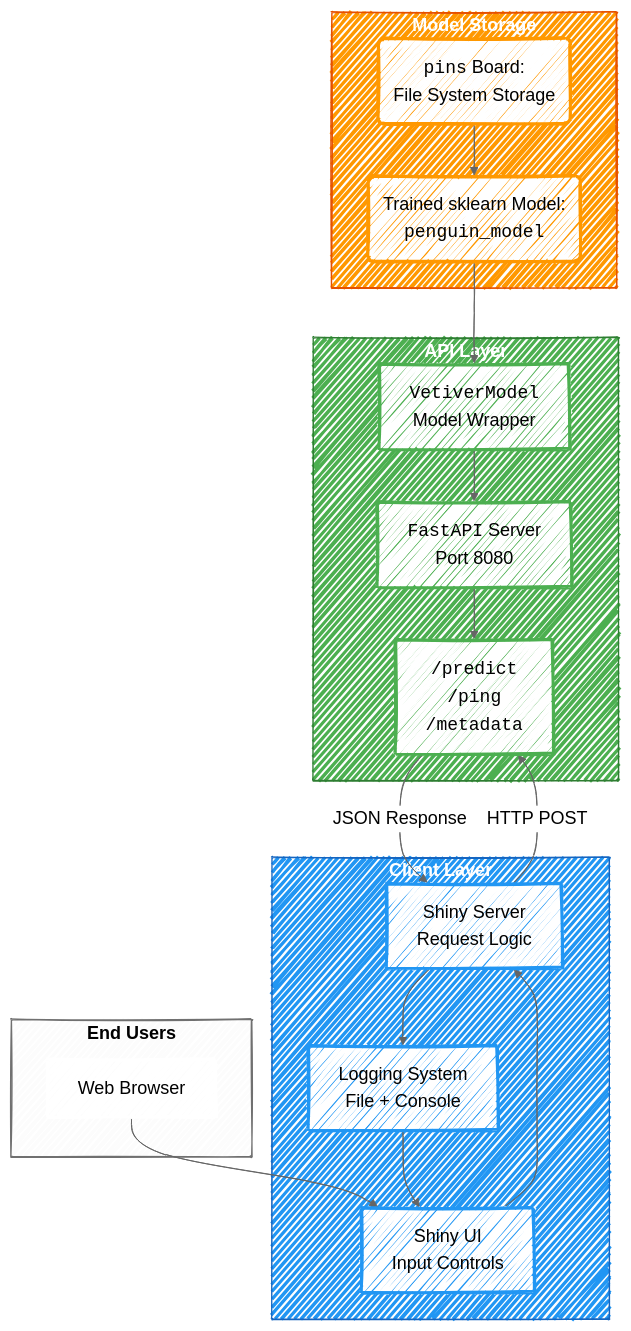
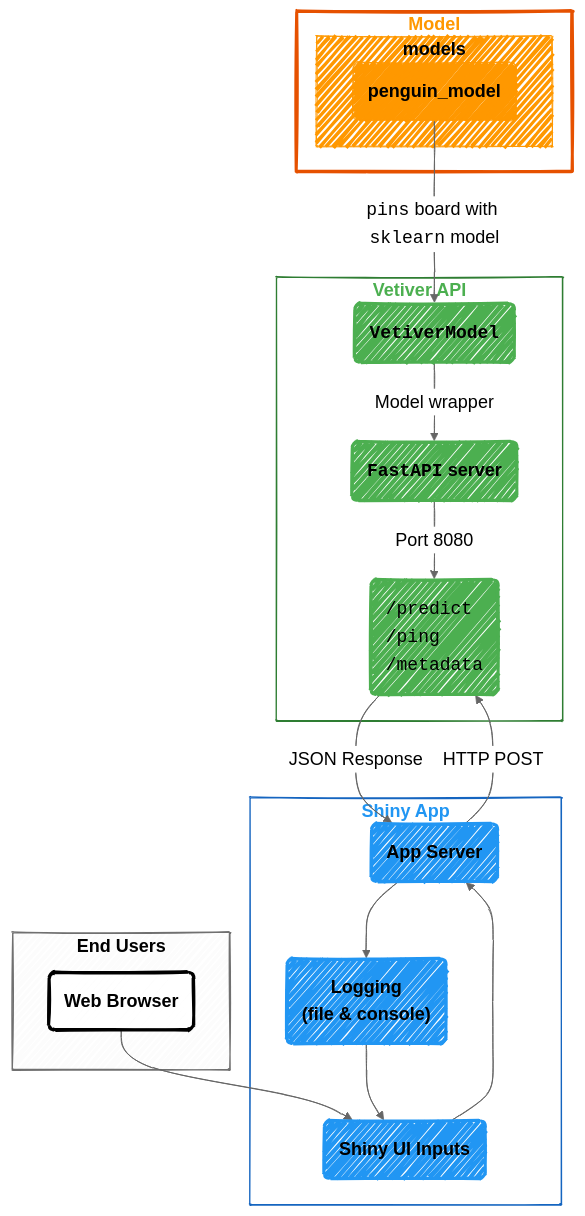
One commit to mjfrigaard/mjfrigaard.github.io changed the first of 5 diagrams in posts/py-api/index.qmd. Above: the diagram before and after it, drawn with Mermaid. The commit also changed other lines of this file and 32 other files, not shown here.

Commit message:
python api & shiny

````diff
--- a/posts/py-api/index.qmd
+++ b/posts/py-api/index.qmd
@@ -67,59 +79,58 @@
 ```{mermaid}
 %%| fig-align: center
 %%| echo: false
 %%| fig-cap: 'Python APIs & Shiny Apps'
 %%{init: {'theme': 'neutral', 'look': 'handDrawn', 'themeVariables': { 'fontFamily': 'monospace', "fontSize":"18px"}}}%%
 
 graph TB
-    subgraph Storage["<strong>Model Storage</strong>"]
-        Board("<code>pins</code> Board:<br/>File System Storage")
-        Model("Trained sklearn Model:<br/><code>penguin_model</code>")
+    subgraph Storage["<strong>Model</strong>"]
+      subgraph Board["<strong>models</strong>"]
+        Model("<strong>penguin_model</strong>")
+      end
     end
     
-    style Board fill:#fff,color:#000,stroke:#FF9800,stroke-width:3px
-    style Model fill:#fff,color:#000,stroke:#FF9800,stroke-width:3px
+    style Storage fill:#fff,stroke:#E65100,color:#FF9800,stroke-width:3px
+    style Board fill:#FF9800,color:#000,stroke:#FF9800,stroke-width:1px
+    style Model text-align:left,fill:#FF9800,color:#000,stroke:#FF9800,stroke-width:1px
 
-    subgraph API["<strong>API Layer</strong>"]
-        Vetiver["<code>VetiverModel</code><br/>Model Wrapper"]
-        FastAPI["<code>FastAPI</code> Server<br/>Port 8080"]
-        Endpoints["<code>/predict</code><br/><code>/ping</code><br/><code>/metadata</code>"]
+    subgraph API["<strong>Vetiver API</strong>"]
+        Vetiver("<strong><code>VetiverModel</code></strong>")
+        FastAPI("<strong><code>FastAPI</code> server</strong>")
+        Endpoints("<code>/predict</code><br/><code>/ping</code><br/><code>/metadata</code>")
     end
     
-    style Vetiver fill:#fff,color:#000,stroke:#4CAF50,stroke-width:3px
-    style FastAPI fill:#fff,color:#000,stroke:#4CAF50,stroke-width:3px
-    style Endpoints fill:#fff,color:#000,stroke:#4CAF50,stroke-width:3px
+    style API fill:#fff,stroke:#2E7D32,color:#4CAF50
+    style Vetiver text-align:right,fill:#4CAF50,color:#000,stroke:#4CAF50,stroke-width:3px
+    style FastAPI text-align:right,fill:#4CAF50,color:#000,stroke:#4CAF50,stroke-width:3px
+    style Endpoints text-align:left,fill:#4CAF50,color:#000,stroke:#4CAF50,stroke-width:3px
     
-    subgraph Client["<strong>Client Layer</strong>"]
-        UI[Shiny UI<br/>Input Controls]
-        Server[Shiny Server<br/>Request Logic]
-        Logging[Logging System<br/>File + Console]
+    subgraph App["<strong>Shiny App</strong>"]
+        UI("<strong>Shiny UI Inputs</strong>")
+        Server("<strong>App Server</strong>")
+        Logging("<strong>Logging<br>(file & console)</strong>")
     end
     
-    style UI fill:#fff,color:#000,stroke:#2196F3,stroke-width:3px
-    style Server fill:#fff,color:#000,stroke:#2196F3,stroke-width:3px
-    style Logging fill:#fff,color:#000,stroke:#2196F3,stroke-width:3px
+    style App fill:#fff,stroke:#1565C0,color:#2196F3
+    style UI fill:#2196F3,color:#000,stroke:#2196F3,stroke-width:3px
+    style Server fill:#2196F3,color:#000,stroke:#2196F3,stroke-width:3px
+    style Logging fill:#2196F3,color:#000,stroke:#2196F3,stroke-width:3px
     
     subgraph User["<strong>End Users</strong>"]
-        Browser[Web Browser]
+        Browser("<strong>Web Browser</strong>")
     end
     
     style User color:#000
-    style Browser fill:#fff,color:#000,stroke:#fff,stroke-width:3px
+    style Browser fill:#fff,color:#000,stroke:#000,stroke-width:3px
     
-    Board --> Model
-    Model --> Vetiver
-    Vetiver --> FastAPI
-    FastAPI --> Endpoints
+    Model -->|<code>pins</code> board with <code>sklearn</code> model| Vetiver
+    Vetiver -->|Model wrapper| FastAPI
+    FastAPI --> |Port 8080|Endpoints
     
     Browser --> UI
     UI --> Server
     Server -->|HTTP POST| Endpoints
     Endpoints -->|JSON Response| Server
     Server --> Logging
     Logging --> UI
     
-    style API fill:#4CAF50,stroke:#2E7D32,color:#fff
-    style Client fill:#2196F3,stroke:#1565C0,color:#fff
-    style Storage fill:#FF9800,stroke:#E65100,color:#fff
-    
 ```
````
